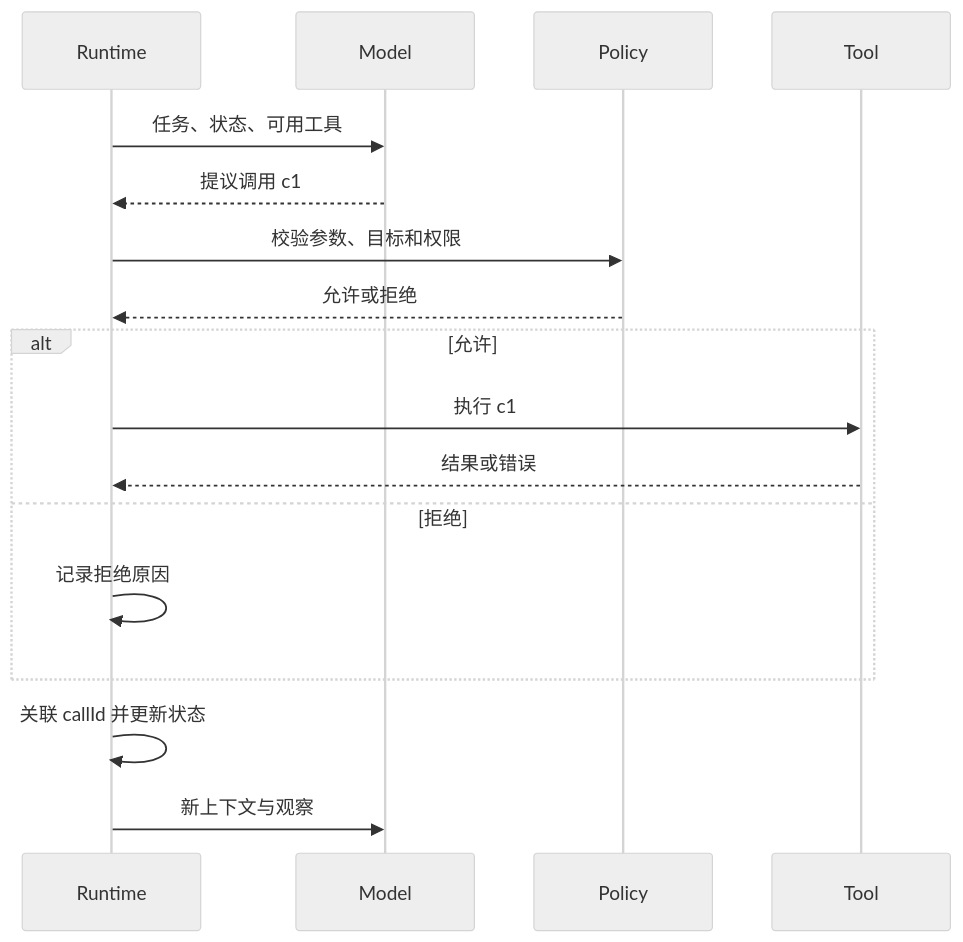
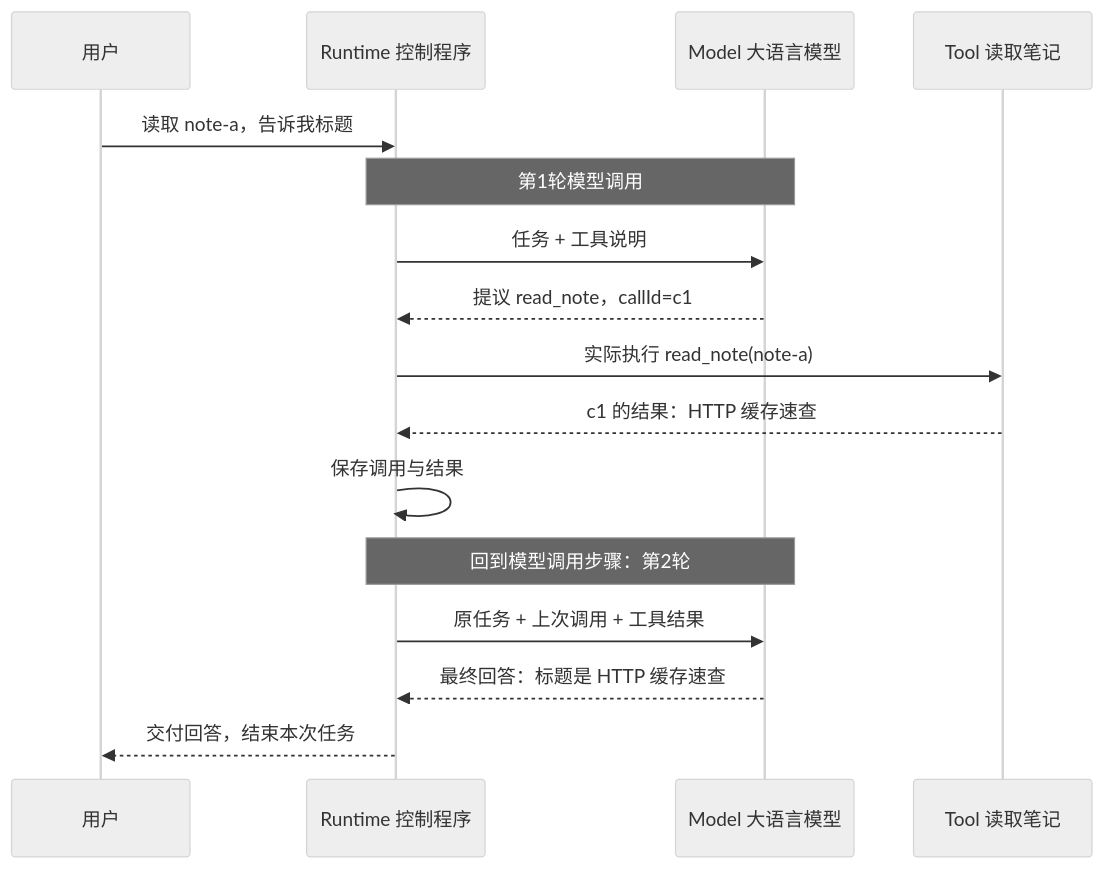
Before and after one commit to Cypher-hey/footprint: the second of 2 diagrams in docs/note/ai/03-agent-loop.md, drawn with Mermaid (neutral theme). The commit also changed other lines of this file and 2 other files, not shown here.

Commit message:
docs(ai): explain Agent Loop from first principles with a complete two-call trace

````diff
--- a/docs/note/ai/03-agent-loop.md
+++ b/docs/note/ai/03-agent-loop.md
@@ -85,19 +215,18 @@
 ```mermaid
 sequenceDiagram
-    participant R as Runtime
-    participant M as Model
-    participant P as Policy
-    participant T as Tool
-    R->>M: 任务、状态、可用工具
-    M-->>R: 提议调用 c1
-    R->>P: 校验参数、目标和权限
-    P-->>R: 允许或拒绝
-    alt 允许
-        R->>T: 执行 c1
-        T-->>R: 结果或错误
-    else 拒绝
-        R->>R: 记录拒绝原因
-    end
-    R->>R: 关联 callId 并更新状态
-    R->>M: 新上下文与观察
+    participant U as 用户
+    participant R as Runtime 控制程序
+    participant M as Model 大语言模型
+    participant T as Tool 读取笔记
+    U->>R: 读取 note-a，告诉我标题
+    Note over R,M: 第1轮模型调用
+    R->>M: 任务 + 工具说明
+    M-->>R: 提议 read_note，callId=c1
+    R->>T: 实际执行 read_note(note-a)
+    T-->>R: c1 的结果：HTTP 缓存速查
+    R->>R: 保存调用与结果
+    Note over R,M: 回到模型调用步骤：第2轮
+    R->>M: 原任务 + 上次调用 + 工具结果
+    M-->>R: 最终回答：标题是 HTTP 缓存速查
+    R-->>U: 交付回答，结束本次任务
 ```
````
